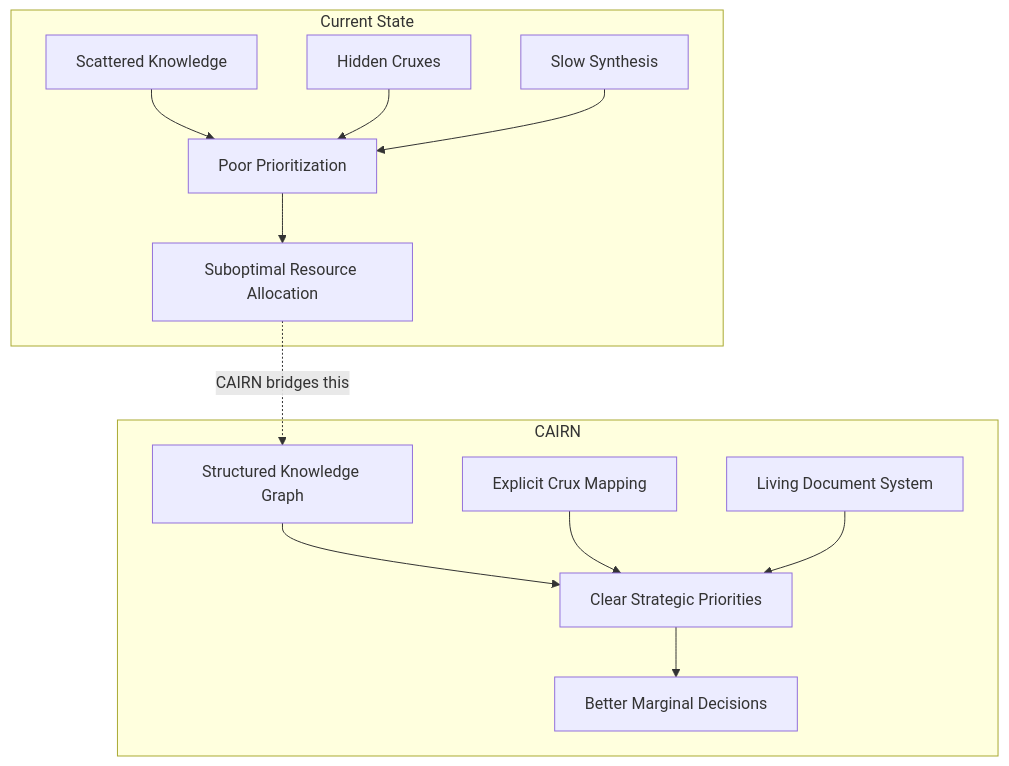
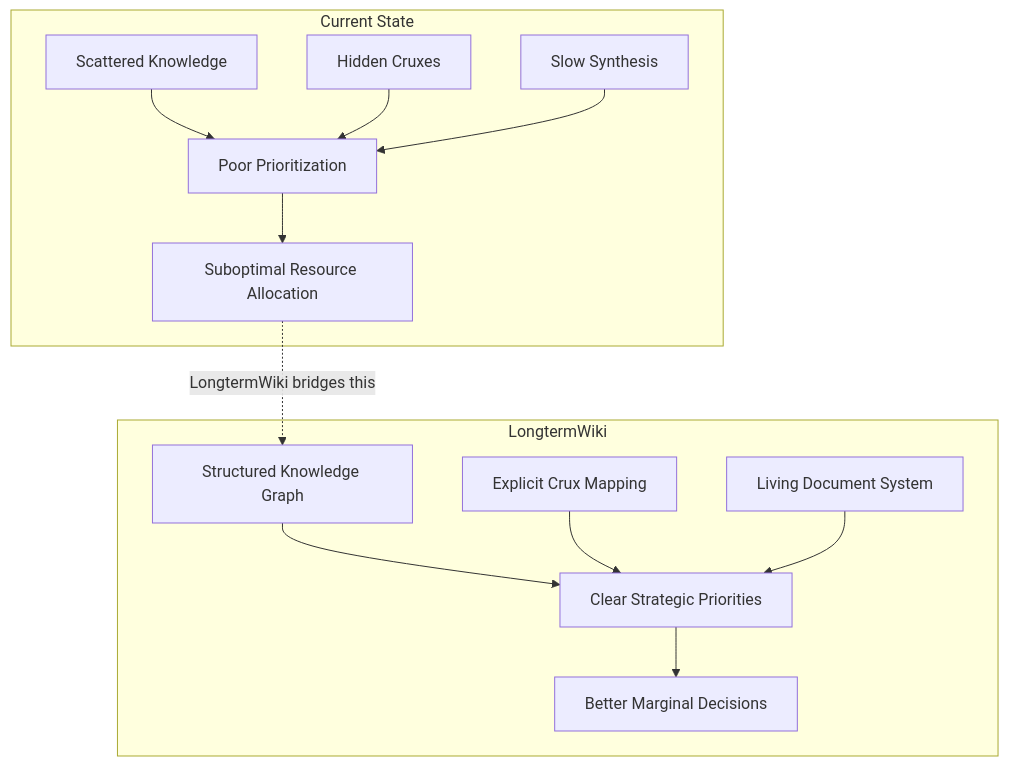
Before and after one commit to quantified-uncertainty/cairn: the first of 5 diagrams in apps/longterm/src/content/docs/internal/cairn-vision.md, drawn with Mermaid. The commit also changed other lines of this file and 42 other files, not shown here.

First line of the commit message:
Rename wiki from CAIRN to LongtermWiki

````diff
--- a/apps/longterm/src/content/docs/internal/cairn-vision.md
+++ b/apps/longterm/src/content/docs/internal/cairn-vision.md
@@ -46,18 +46,18 @@
 ```mermaid
 flowchart TD
     subgraph Problem["Current State"]
         A[Scattered Knowledge] --> D[Poor Prioritization]
         B[Hidden Cruxes] --> D
         C[Slow Synthesis] --> D
         D --> E[Suboptimal Resource Allocation]
     end
 
-    subgraph Solution["CAIRN"]
+    subgraph Solution["LongtermWiki"]
         F[Structured Knowledge Graph] --> I[Clear Strategic Priorities]
         G[Explicit Crux Mapping] --> I
         H[Living Document System] --> I
         I --> J[Better Marginal Decisions]
     end
 
-    E -.->|"CAIRN bridges this"| F
+    E -.->|"LongtermWiki bridges this"| F
 ```
````
